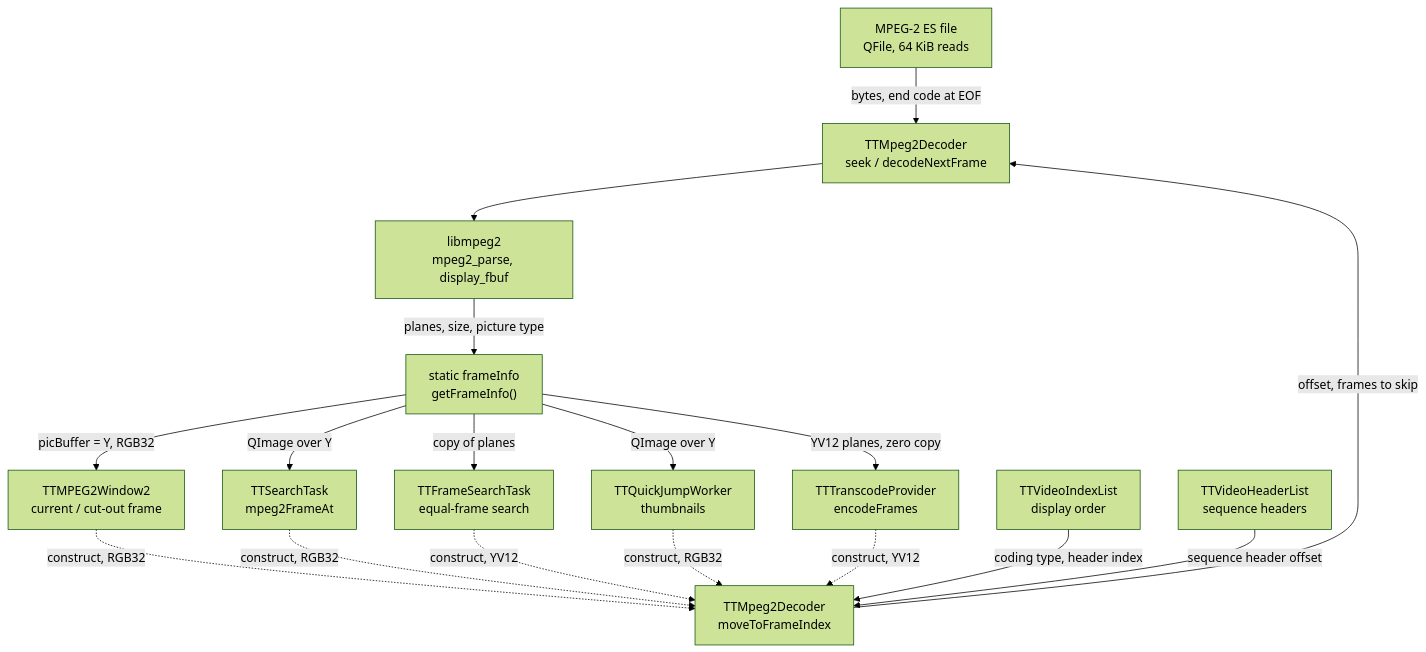
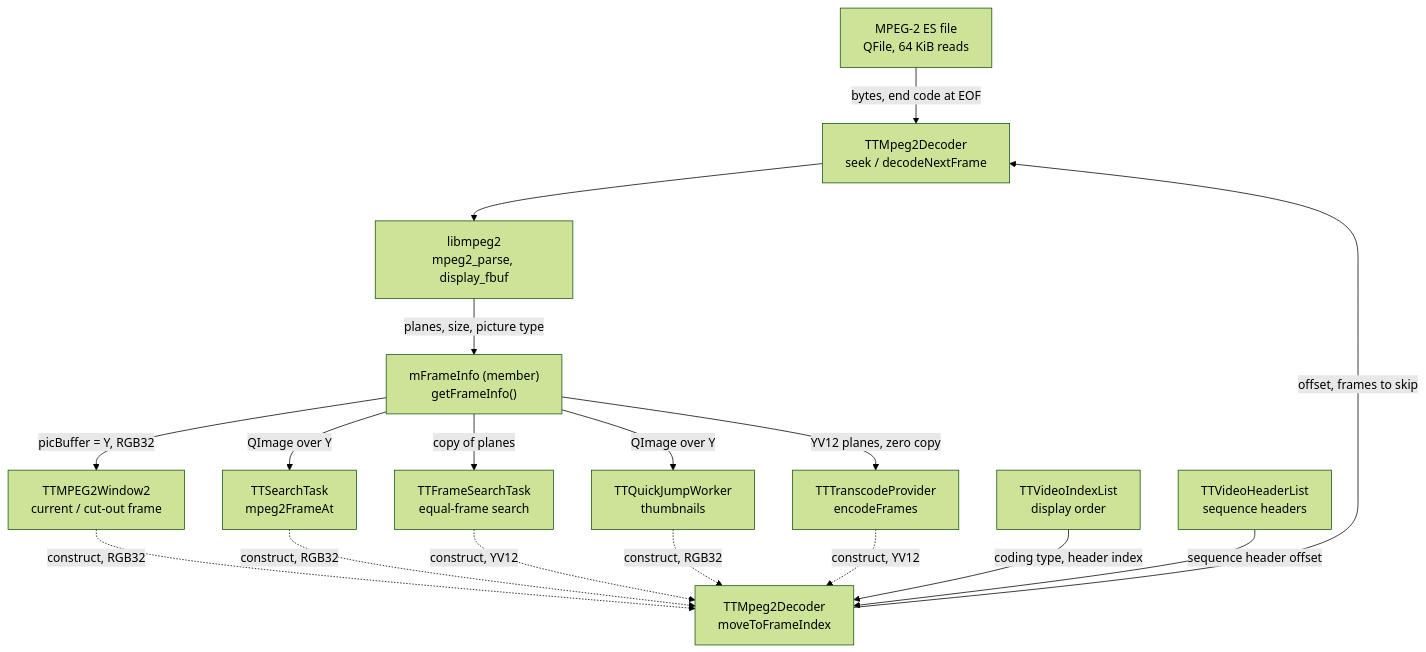
One commit to MINIXJR/TTCut-ng changed the diagram in docs/code-map/mpeg2-decoder.md. Above: the diagram before and after it, drawn with Mermaid (forest theme). The commit also changed other lines of this file and 22 other files, not shown here.

````diff
--- a/docs/code-map/mpeg2-decoder.md
+++ b/docs/code-map/mpeg2-decoder.md
@@ -39,32 +40,32 @@
 ```mermaid
 flowchart TD
     FILE["MPEG-2 ES file<br/>QFile, 64 KiB reads"]
     IDX["TTVideoIndexList<br/>display order"]
     HDR["TTVideoHeaderList<br/>sequence headers"]
     MOVE["TTMpeg2Decoder<br/>moveToFrameIndex"]
     DEC["TTMpeg2Decoder<br/>seek / decodeNextFrame"]
     LIB["libmpeg2<br/>mpeg2_parse, display_fbuf"]
-    FI["static frameInfo<br/>getFrameInfo()"]
+    FI["mFrameInfo (member)<br/>getFrameInfo()"]
     WIN["TTMPEG2Window2<br/>current / cut-out frame"]
     SRCH["TTSearchTask<br/>mpeg2FrameAt"]
     FSRCH["TTFrameSearchTask<br/>equal-frame search"]
     QJ["TTQuickJumpWorker<br/>thumbnails"]
     TRANS["TTTranscodeProvider<br/>encodeFrames"]
 
     WIN -.->|construct, RGB32| MOVE
     SRCH -.->|construct, RGB32| MOVE
     FSRCH -.->|construct, YV12| MOVE
     QJ -.->|construct, RGB32| MOVE
     TRANS -.->|construct, YV12| MOVE
     IDX -->|coding type, header index| MOVE
     HDR -->|sequence header offset| MOVE
     MOVE -->|offset, frames to skip| DEC
     FILE -->|bytes, end code at EOF| DEC
     DEC --> LIB
     LIB -->|planes, size, picture type| FI
     FI -->|picBuffer = Y, RGB32| WIN
     FI -->|QImage over Y| SRCH
     FI -->|copy of planes| FSRCH
     FI -->|QImage over Y| QJ
     FI -->|YV12 planes, zero copy| TRANS
 ```
````
